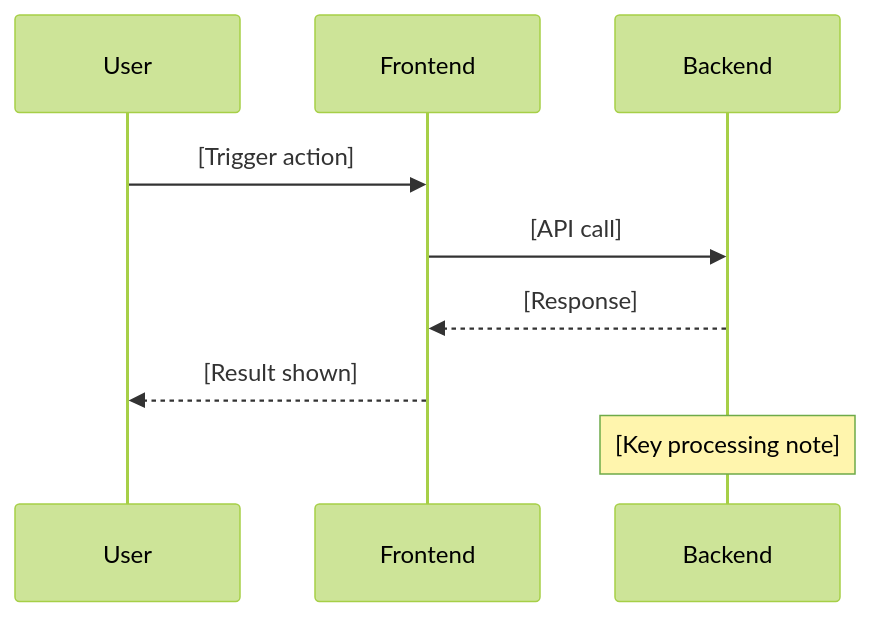
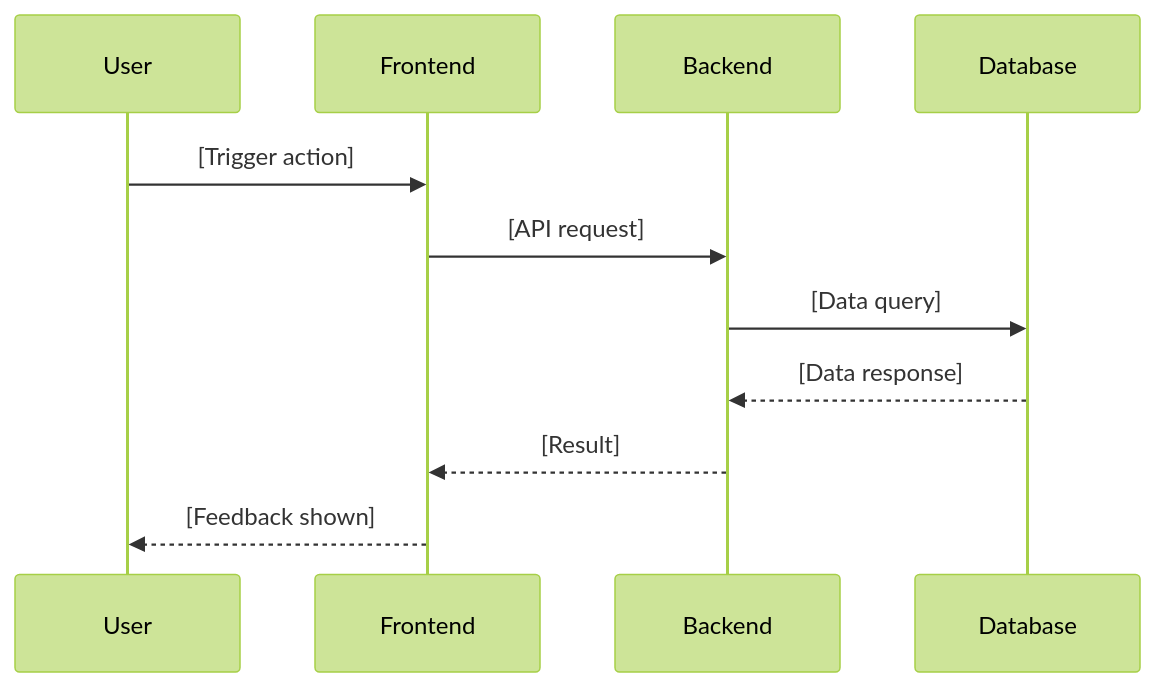
Before and after one commit to lynhan4530/po-test-bench: the second of 4 diagrams in prompts/document-generator.md, drawn with Mermaid (forest theme). The commit also changed other lines of this file and 1 other file, not shown here.

Commit message:
More diagrams: Brief gets System Context + User Journey, PRD gets Sequence + State Machine + ERD

````diff
--- a/prompts/document-generator.md
+++ b/prompts/document-generator.md
@@ -72,11 +85,13 @@
 ```mermaid
 sequenceDiagram
   participant U as User
   participant FE as Frontend
   participant API as Backend
+  participant DB as Database
   U->>FE: [Trigger action]
-  FE->>API: [API call]
-  API-->>FE: [Response]
-  FE-->>U: [Result shown]
-  Note over API: [Key processing note]
+  FE->>API: [API request]
+  API->>DB: [Data query]
+  DB-->>API: [Data response]
+  API-->>FE: [Result]
+  FE-->>U: [Feedback shown]
 ```
````
